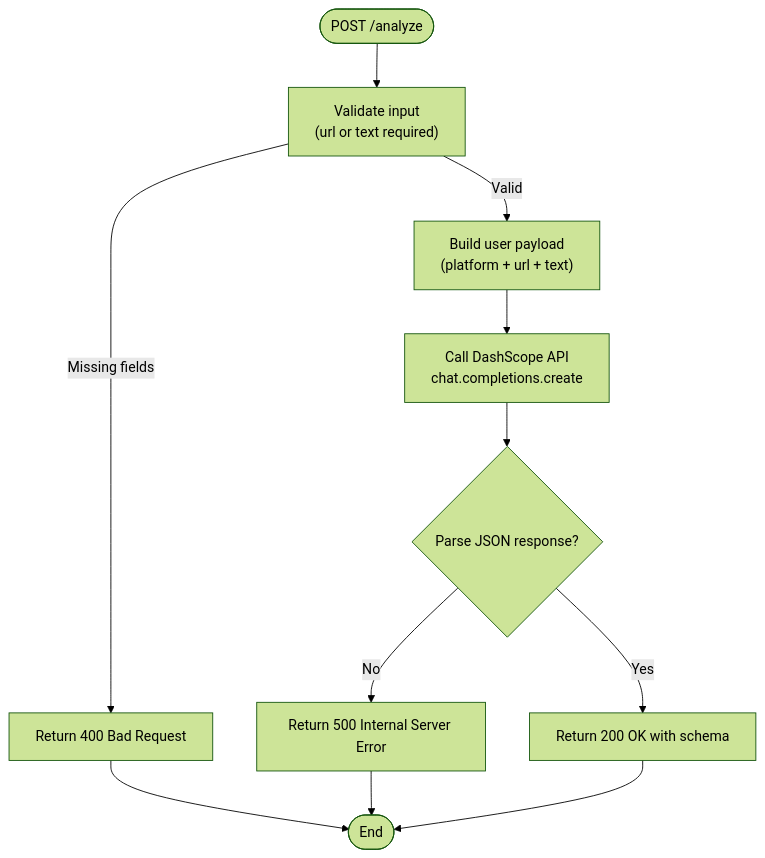
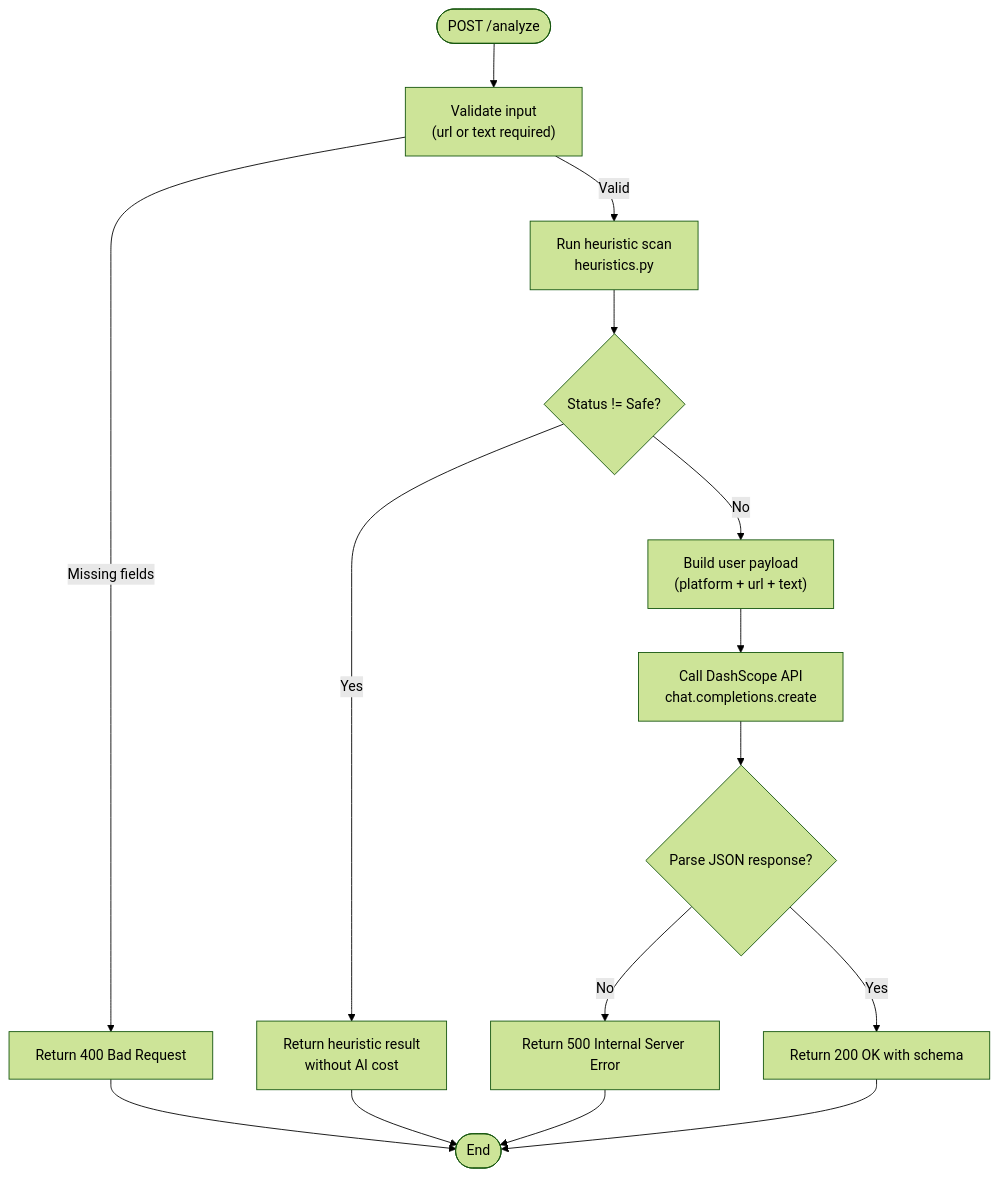
One commit to Aymanaahh/scrollguard-ai changed the third of 5 diagrams in .qoder/repowiki/en/content/Backend API Documentation.md. Above: the diagram before and after it, drawn with Mermaid (forest theme). The commit also changed other lines of this file and 36 other files, not shown here.

````diff
--- a/.qoder/repowiki/en/content/Backend API Documentation.md
+++ b/.qoder/repowiki/en/content/Backend API Documentation.md
@@ -170,13 +210,17 @@
 ```mermaid
 flowchart TD
 Start(["POST /analyze"]) --> Validate["Validate input<br/>(url or text required)"]
 Validate --> |Missing fields| Err400["Return 400 Bad Request"]
-Validate --> |Valid| BuildPrompt["Build user payload<br/>(platform + url + text)"]
+Validate --> |Valid| Heuristic["Run heuristic scan<br/>heuristics.py"]
+Heuristic --> Check{"Status != Safe?"}
+Check --> |Yes| ReturnHeuristic["Return heuristic result<br/>without AI cost"]
+Check --> |No| BuildPrompt["Build user payload<br/>(platform + url + text)"]
 BuildPrompt --> CallLLM["Call DashScope API<br/>chat.completions.create"]
 CallLLM --> Parse{"Parse JSON response?"}
 Parse --> |No| Err500["Return 500 Internal Server Error"]
 Parse --> |Yes| Return200["Return 200 OK with schema"]
 Err400 --> End(["End"])
 Err500 --> End
+ReturnHeuristic --> End
 Return200 --> End
 ```
````
